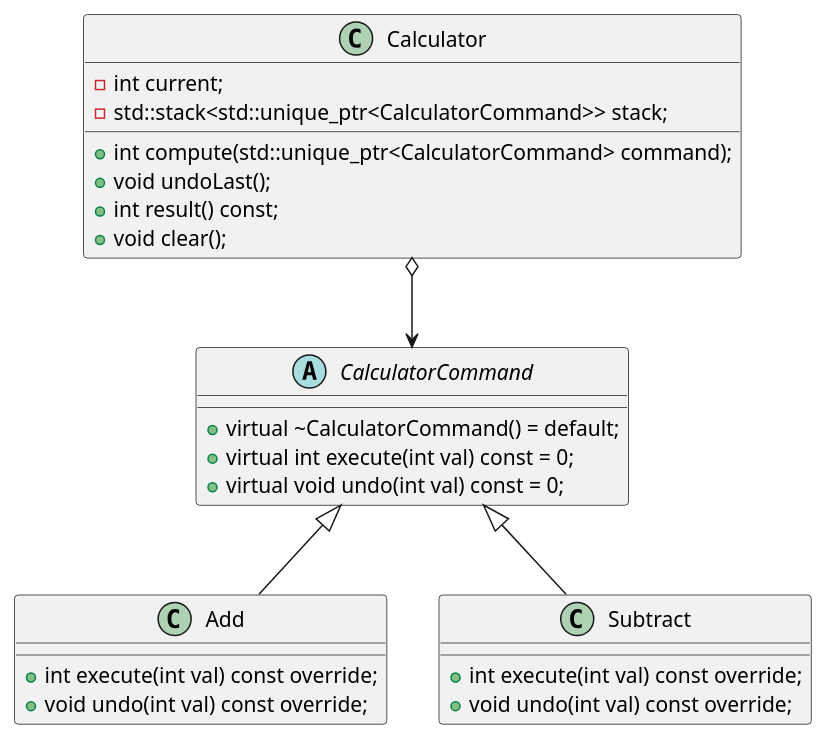
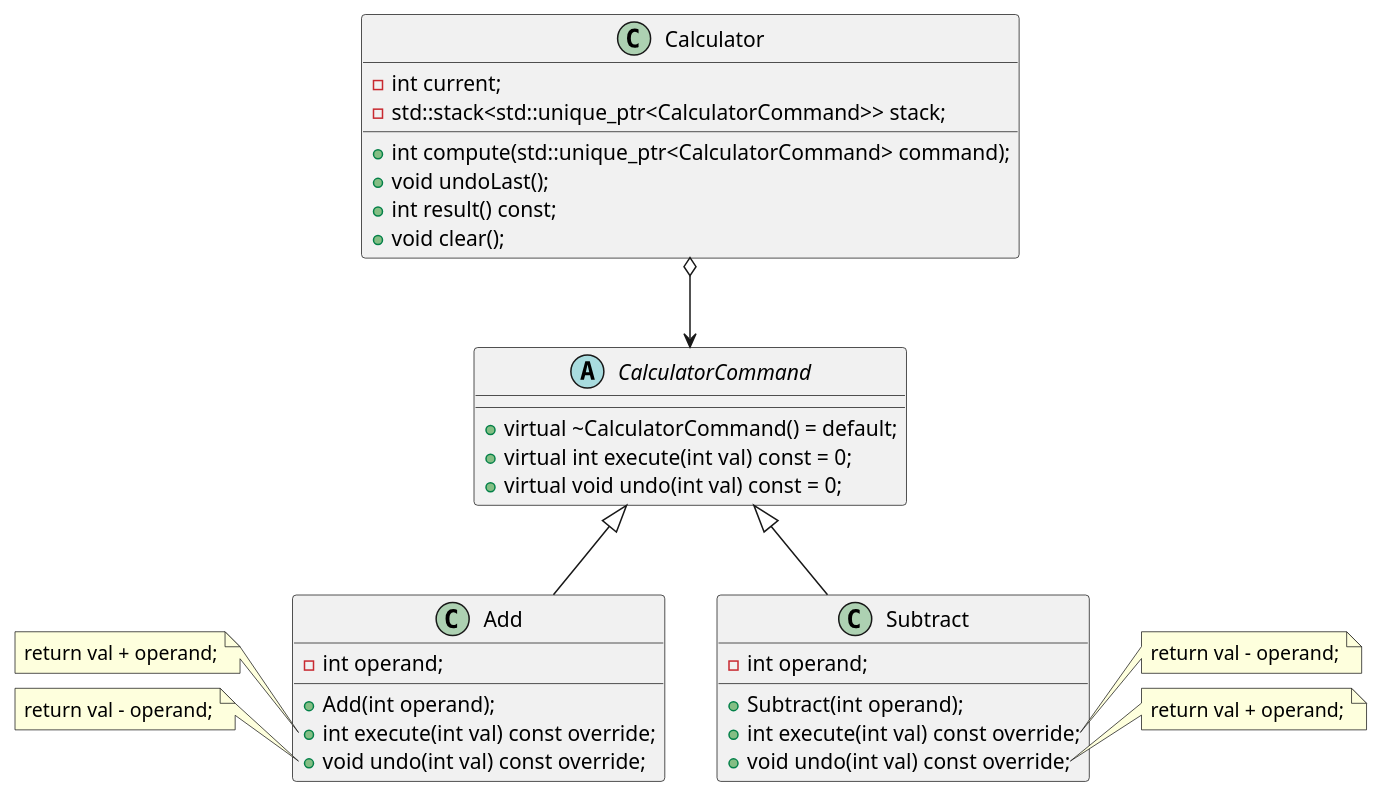
The diagram in software_design/command_pattern/UML.puml (mirinta/cpp_learning), drawn with PlantUML before and after one commit.

```diff
--- a/software_design/command_pattern/UML.puml
+++ b/software_design/command_pattern/UML.puml
@@ -1,32 +1,52 @@
 @startuml
 
 class Calculator {
   + int compute(std::unique_ptr<CalculatorCommand> command);
   + void undoLast();
   + int result() const;
   + void clear();
   - int current;
   - std::stack<std::unique_ptr<CalculatorCommand>> stack;
 }
 
 abstract class CalculatorCommand {
   + virtual ~CalculatorCommand() = default;
   + virtual int execute(int val) const = 0;
   + virtual void undo(int val) const = 0;
 }
 
 class Add {
+  + Add(int operand);
   + int execute(int val) const override;
   + void undo(int val) const override;
+  - int operand;
 }
 
 class Subtract {
+  + Subtract(int operand);
   + int execute(int val) const override;
   + void undo(int val) const override;
+  - int operand;
 }
 
 Calculator o--> CalculatorCommand
 CalculatorCommand <|-- Add
 CalculatorCommand <|-- Subtract
 
+note left of Add::execute
+  return val + operand;
+end note
+
+note left of Add::undo
+  return val - operand;
+end note
+
+note right of Subtract::execute
+  return val - operand;
+end note
+
+note right of Subtract::undo
+  return val + operand;
+end note
+
 @enduml
```
